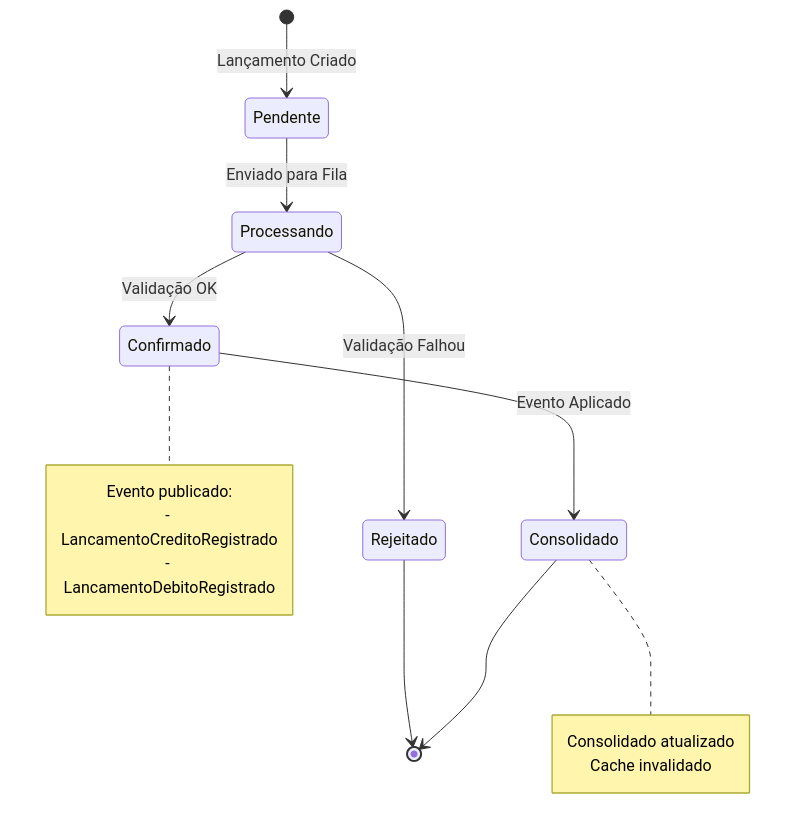
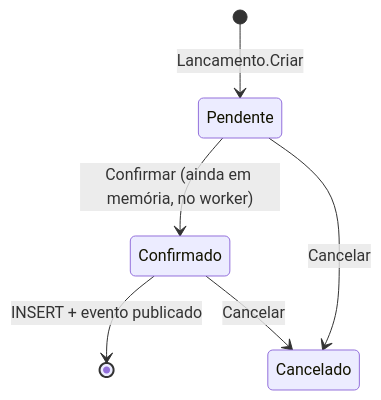
The fourth of 6 diagrams in docs/diagramas-fluxo-caixa.md (felipemarcianodev/saga-poc-dotnet), drawn with Mermaid before and after one commit. The commit also changed other lines of this file and 32 other files, not shown here.

````diff
--- a/docs/diagramas-fluxo-caixa.md
+++ b/docs/diagramas-fluxo-caixa.md
@@ -201,25 +136,8 @@
 ```mermaid
 stateDiagram-v2
-    [*] --> Pendente: Lançamento Criado
-
-    Pendente --> Processando: Enviado para Fila
-
-    Processando --> Confirmado: Validação OK
-    Processando --> Rejeitado: Validação Falhou
-
-    Confirmado --> Consolidado: Evento Aplicado
-
-    Rejeitado --> [*]
-    Consolidado --> [*]
-
-    note right of Confirmado
-        Evento publicado:
-        - LancamentoCreditoRegistrado
-        - LancamentoDebitoRegistrado
-    end note
-
-    note right of Consolidado
-        Consolidado atualizado
-        Cache invalidado
-    end note
+    [*] --> Pendente: Lancamento.Criar
+    Pendente --> Confirmado: Confirmar (ainda em memória, no worker)
+    Confirmado --> [*]: INSERT + evento publicado
+    Pendente --> Cancelado: Cancelar
+    Confirmado --> Cancelado: Cancelar
 ```
````
